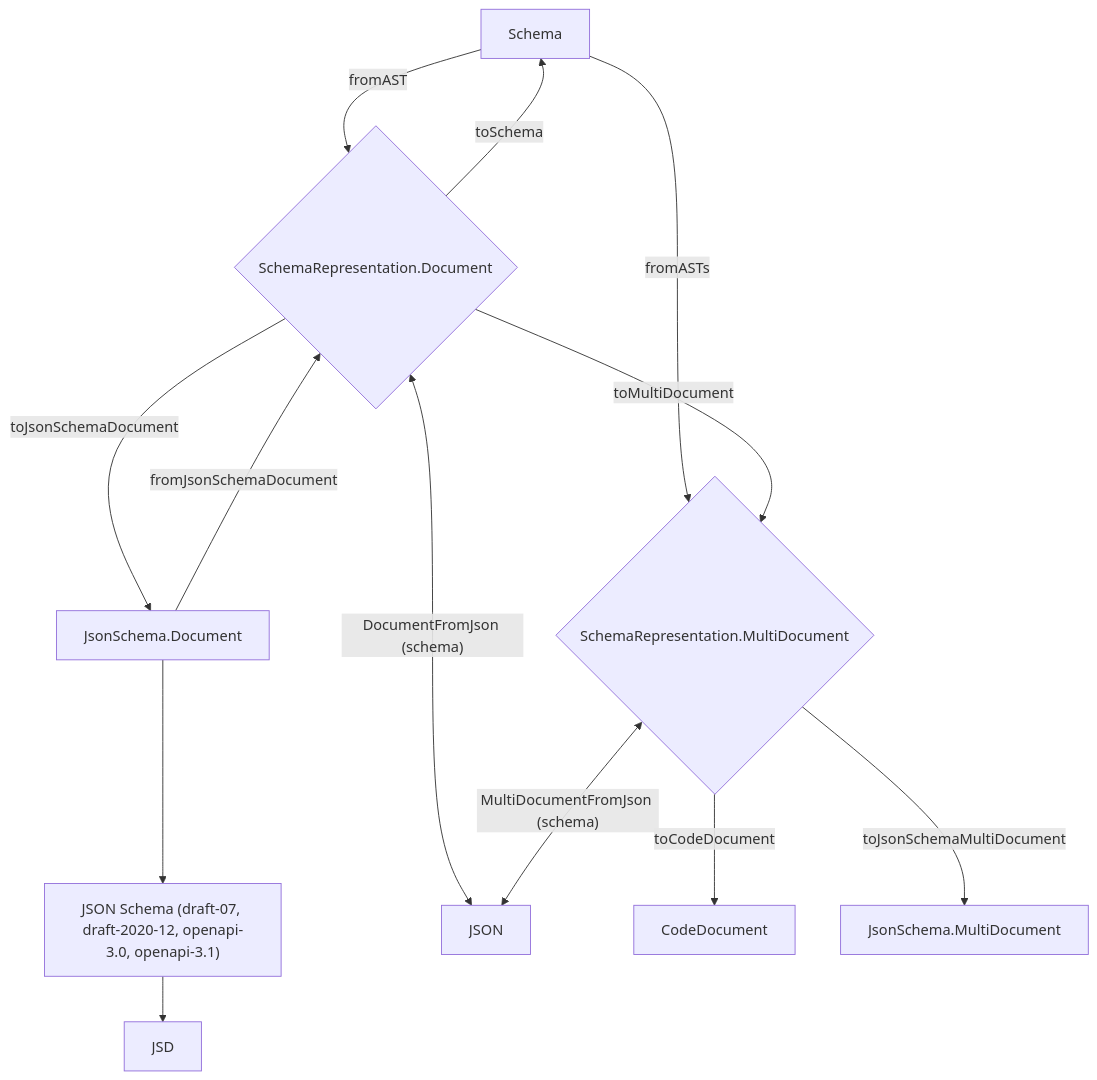
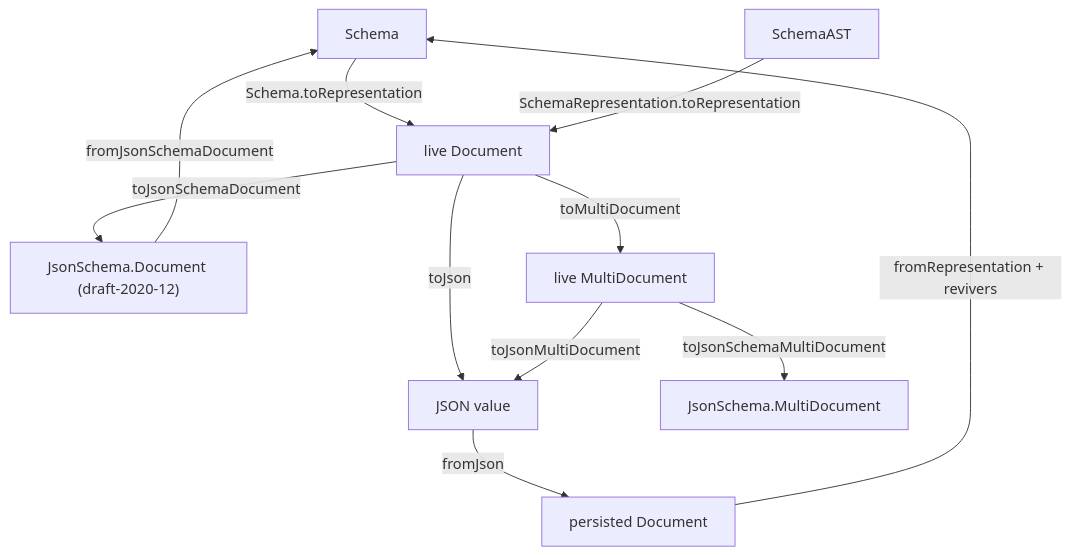
One commit to heddendorp/effect-angular changed the first of 3 diagrams in repos/effect/packages/effect/SCHEMA.md. Above: the diagram before and after it, drawn with Mermaid. The commit also changed other lines of this file and 4434 other files, not shown here.

````diff
--- a/repos/effect/packages/effect/SCHEMA.md
+++ b/repos/effect/packages/effect/SCHEMA.md
@@ -6159,15 +6029,13 @@
 ```mermaid
 flowchart TD
-    S[Schema] -->|fromAST|D{"SchemaRepresentation.Document"}
-    S -->|fromASTs|MD{"SchemaRepresentation.MultiDocument"}
-    JS["JSON Schema (draft-07, draft-2020-12, openapi-3.0, openapi-3.1)"] -->JSD
-    JD --> JS
-    JD["JsonSchema.Document"] -->|fromJsonSchemaDocument|D
-    D <--> |"DocumentFromJson (schema)"|JSON
-    D --> |toJsonSchemaDocument|JD
-    D --> |toSchema|S
-    MD --> |toCodeDocument|CodeDocument["CodeDocument"]
-    D --> |toMultiDocument|MD
-    MD --> |toJsonSchemaMultiDocument|JMD[JsonSchema.MultiDocument]
-    MD <--> |"MultiDocumentFromJson (schema)"|JSON
+    S[Schema] -->|Schema.toRepresentation|LD["live Document"]
+    AST[SchemaAST] -->|SchemaRepresentation.toRepresentation|LD
+    LD -->|toJson|JSON["JSON value"]
+    JSON -->|fromJson|PD["persisted Document"]
+    PD -->|"fromRepresentation + revivers"|S
+    LD -->|toJsonSchemaDocument|JD["JsonSchema.Document (draft-2020-12)"]
+    JD -->|fromJsonSchemaDocument|S
+    LD -->|toMultiDocument|LMD["live MultiDocument"]
+    LMD -->|toJsonSchemaMultiDocument|JMD[JsonSchema.MultiDocument]
+    LMD -->|toJsonMultiDocument|JSON
 ```
````
